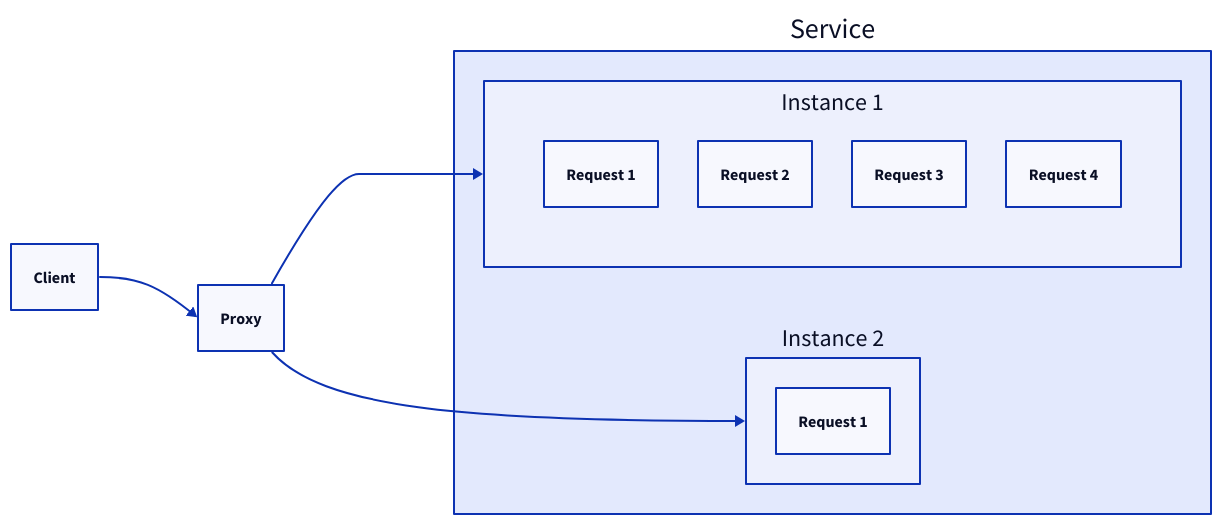
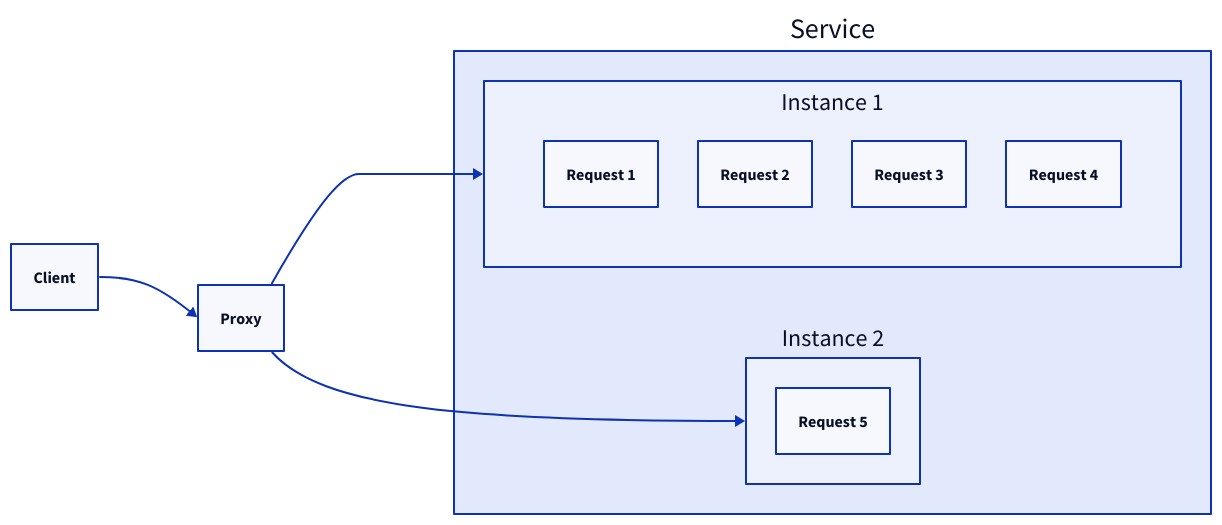
Before and after one commit to link1905/system-design-101: the second of 20 diagrams in content/docs/web-service/load-balancer.md, drawn with D2. The commit also changed other lines of this file and 10 other files, not shown here.

````diff
--- a/content/docs/web-service/load-balancer.md
+++ b/content/docs/web-service/load-balancer.md
@@ -45,34 +47,34 @@
 ```d2
 direction: right
 c: Client {
   class: client
 }
 p: Proxy {
   class: lb
 }
 s: Service {
   s1: Instance 1 {
     grid-rows: 1
     r1: Request 1 {
       class: request
     }
     r2: Request 2 {
       class: request
     }
     r3: Request 3 {
       class: request
     }
     r4: Request 4 {
       class: request
     }
   }
   s2: Instance 2 {
-    r1: Request 1 {
+    r1: Request 5 {
       class: request
     }
   }
 }
 c -> p
 p -> s.s1
 p -> s.s2
 ```
````
